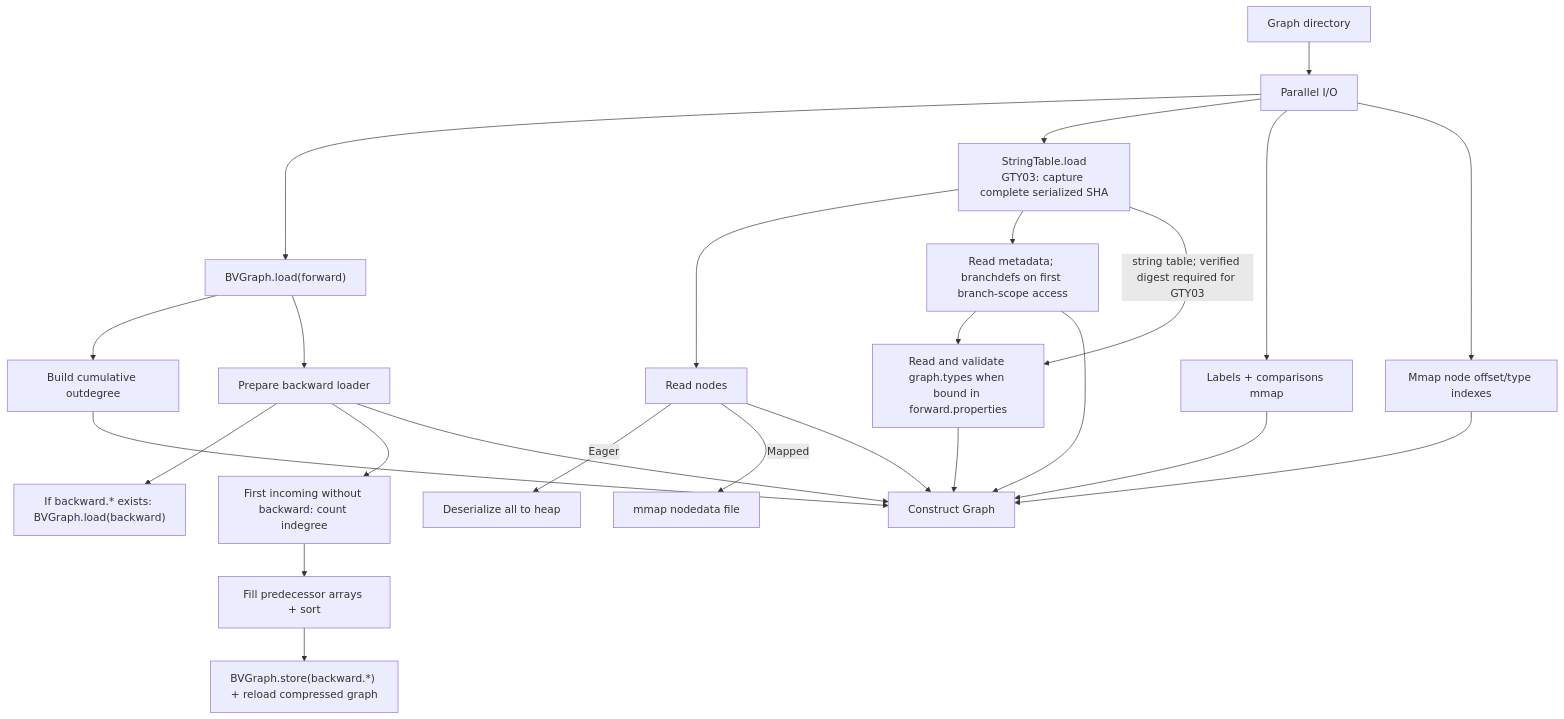
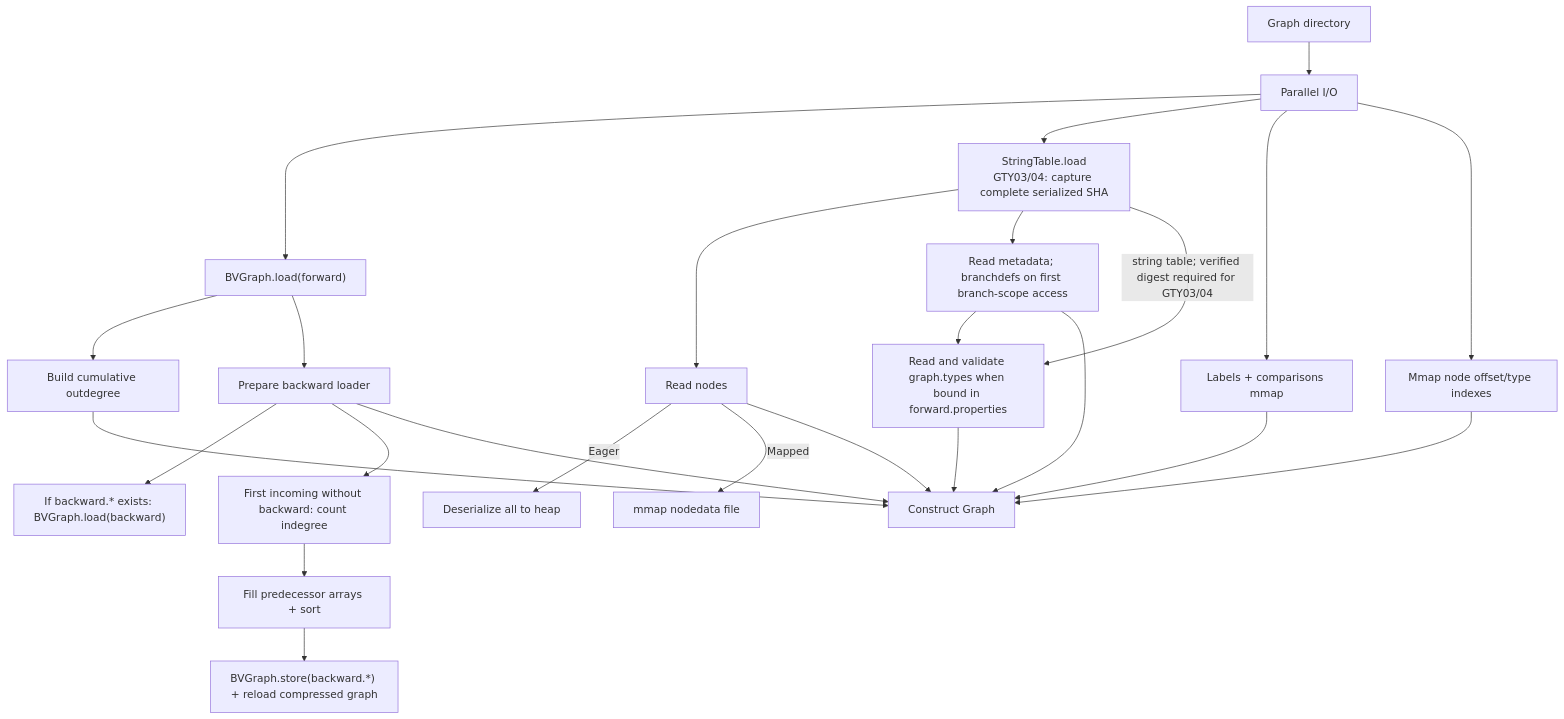
One commit to johnsonlee/graphite changed the fourth of 4 diagrams in docs/webgraph-storage.md. Above: the diagram before and after it, drawn with Mermaid. The commit also changed other lines of this file and 24 other files, not shown here.

````diff
--- a/docs/webgraph-storage.md
+++ b/docs/webgraph-storage.md
@@ -357,21 +362,21 @@
 ```mermaid
 graph TD
     A[Graph directory] --> B[Parallel I/O]
     B --> B1["BVGraph.load(forward)"]
-    B --> B2["StringTable.load<br/>GTY03: capture complete serialized SHA"]
+    B --> B2["StringTable.load<br/>GTY03/04: capture complete serialized SHA"]
     B --> B3[Labels + comparisons mmap]
     B --> B4[Mmap node offset/type indexes]
     B1 --> C[Build cumulative outdegree]
     B1 --> D[Prepare backward loader]
     D --> D1["If backward.* exists: BVGraph.load(backward)"]
     D --> D2[First incoming without backward: count indegree]
     D2 --> D3[Fill predecessor arrays + sort]
     D3 --> D4["BVGraph.store(backward.*) + reload compressed graph"]
     B2 --> E[Read nodes]
     E -->|Eager| E1[Deserialize all to heap]
     E -->|Mapped| E2[mmap nodedata file]
     B2 --> F[Read metadata; branchdefs on first branch-scope access]
     F --> T[Read and validate graph.types when bound in forward.properties]
-    B2 -->|"string table; verified digest required for GTY03"| T
+    B2 -->|"string table; verified digest required for GTY03/04"| T
     C & D & B3 & B4 & E & F & T --> G[Construct Graph]
 ```
````
